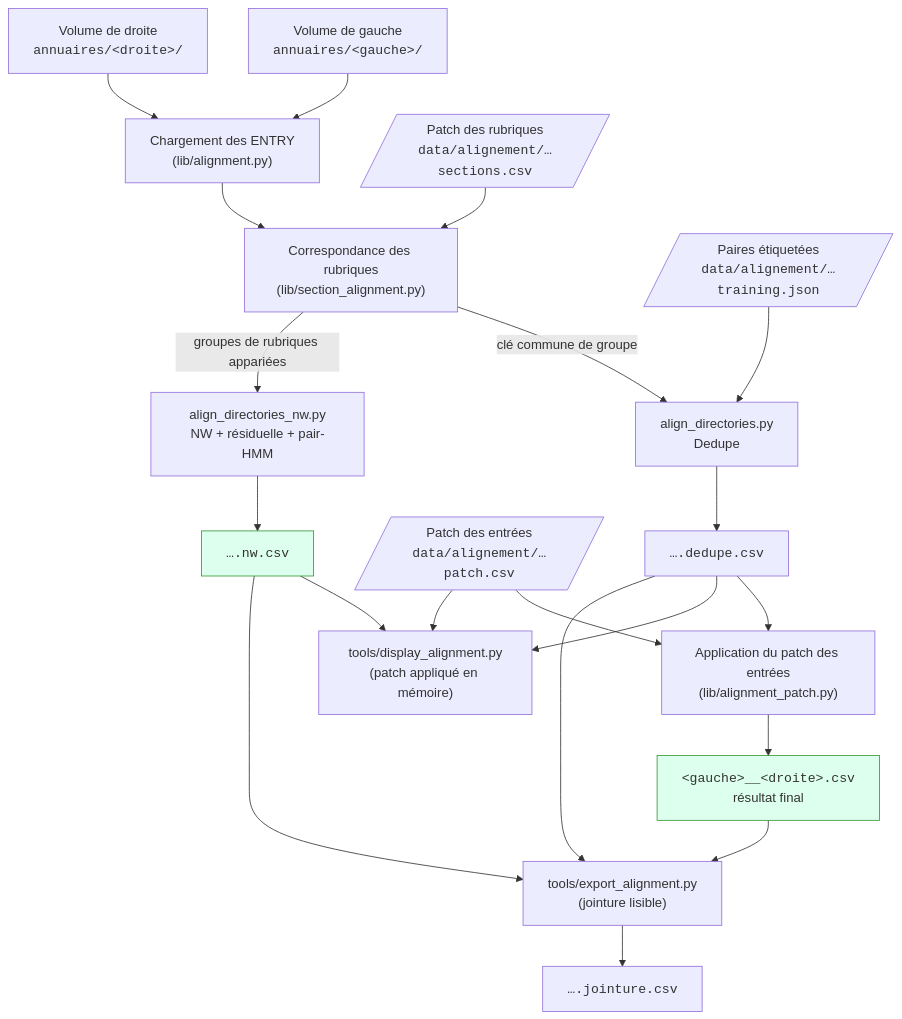
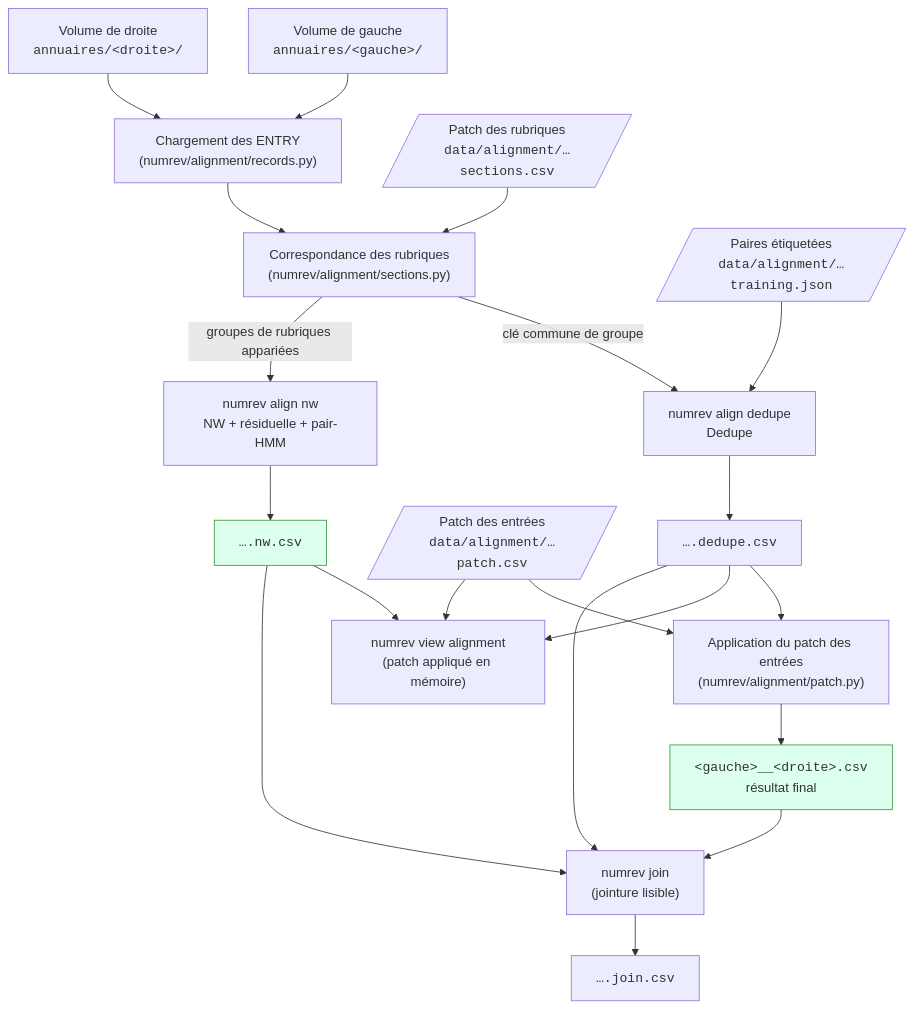
The fourth of 4 diagrams in docs/pipeline.md (HueyNemud/adresses_revolutionnaires), drawn with Mermaid before and after one commit. The commit also changed other lines of this file and 135 other files, not shown here.

````diff
--- a/docs/pipeline.md
+++ b/docs/pipeline.md
@@ -503,26 +508,26 @@
 ```mermaid
 flowchart TD
     L["Volume de gauche<br/><code>annuaires/&lt;gauche&gt;/</code>"] --> R
     Rt["Volume de droite<br/><code>annuaires/&lt;droite&gt;/</code>"] --> R
-    R["Chargement des ENTRY<br/>(lib/alignment.py)"] --> S
-    SP[/"Patch des rubriques<br/><code>data/alignement/…sections.csv</code>"/] --> S
-    S["Correspondance des rubriques<br/>(lib/section_alignment.py)"]
-    S -->|"clé commune de groupe"| D["align_directories.py<br/>Dedupe"]
-    TJ[/"Paires étiquetées<br/><code>data/alignement/…training.json</code>"/] --> D
+    R["Chargement des ENTRY<br/>(numrev/alignment/records.py)"] --> S
+    SP[/"Patch des rubriques<br/><code>data/alignment/…sections.csv</code>"/] --> S
+    S["Correspondance des rubriques<br/>(numrev/alignment/sections.py)"]
+    S -->|"clé commune de groupe"| D["numrev align dedupe<br/>Dedupe"]
+    TJ[/"Paires étiquetées<br/><code>data/alignment/…training.json</code>"/] --> D
     D --> DC["<code>….dedupe.csv</code>"]
-    DC --> AP["Application du patch des entrées<br/>(lib/alignment_patch.py)"]
-    EP[/"Patch des entrées<br/><code>data/alignement/…patch.csv</code>"/] --> AP
+    DC --> AP["Application du patch des entrées<br/>(numrev/alignment/patch.py)"]
+    EP[/"Patch des entrées<br/><code>data/alignment/…patch.csv</code>"/] --> AP
     AP --> F["<code>&lt;gauche&gt;__&lt;droite&gt;.csv</code><br/>résultat final"]
-    S -->|"groupes de rubriques appariées"| N["align_directories_nw.py<br/>NW + résiduelle + pair-HMM"]
+    S -->|"groupes de rubriques appariées"| N["numrev align nw<br/>NW + résiduelle + pair-HMM"]
     N --> NC["<code>….nw.csv</code>"]
-    DC --> V["tools/display_alignment.py<br/>(patch appliqué en mémoire)"]
+    DC --> V["numrev view alignment<br/>(patch appliqué en mémoire)"]
     NC --> V
     EP --> V
-    DC --> X["tools/export_alignment.py<br/>(jointure lisible)"]
+    DC --> X["numrev join<br/>(jointure lisible)"]
     NC --> X
     F --> X
-    X --> XC["<code>….jointure.csv</code>"]
+    X --> XC["<code>….join.csv</code>"]
 
     style F fill:#dfe,stroke:#393
     style NC fill:#dfe,stroke:#393
 ```
````
